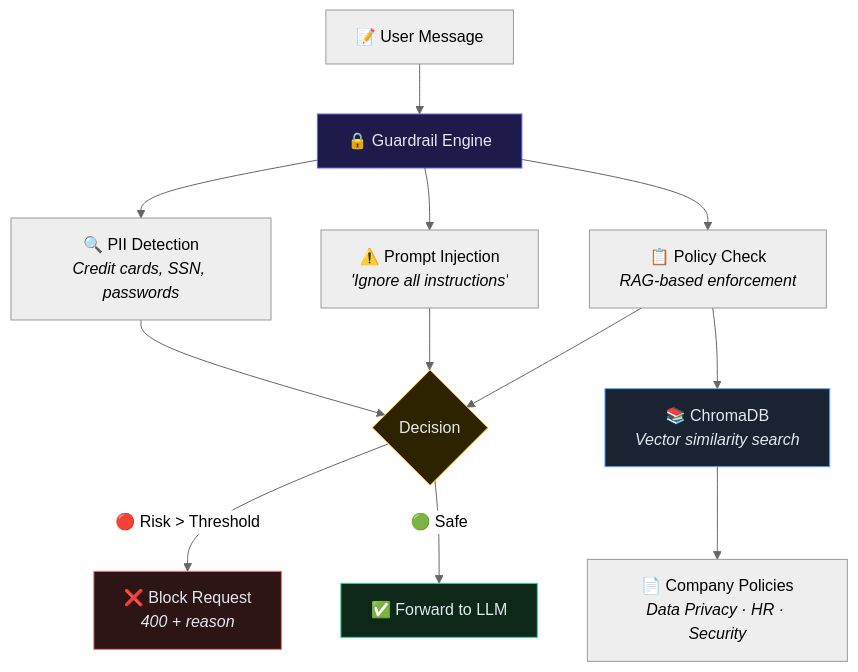
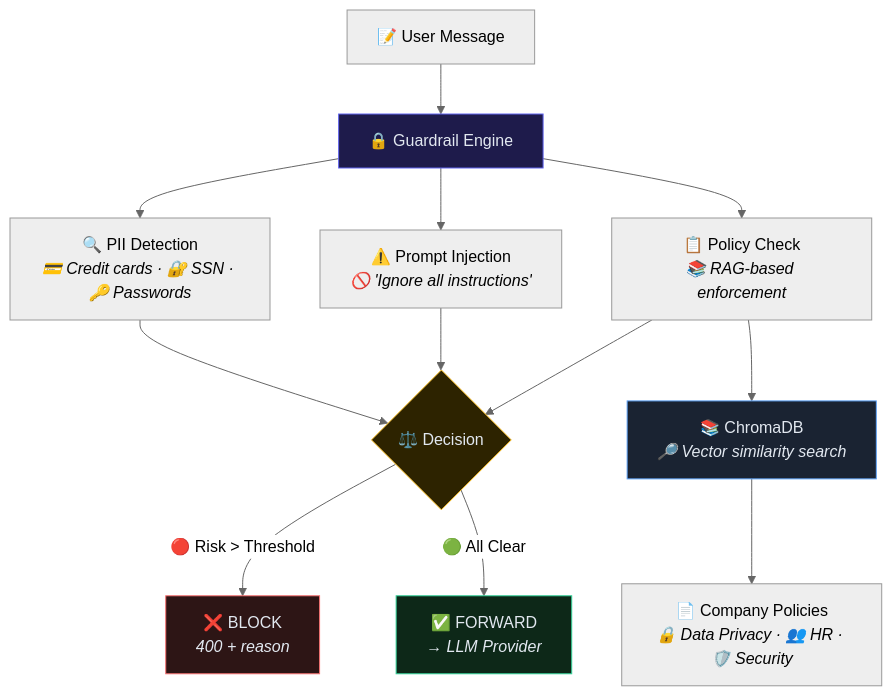
One commit to lidorpahima/Redacted changed the fourth of 6 diagrams in README.md. Above: the diagram before and after it, drawn with Mermaid (neutral theme). The commit also changed other lines of this file, not shown here.

````diff
--- a/README.md
+++ b/README.md
@@ -152,24 +207,24 @@
 ```mermaid
 graph TB
     Input["📝 User Message"] --> Guard["🔒 Guardrail Engine"]
 
-    Guard --> PII["🔍 PII Detection<br/><i>Credit cards, SSN, passwords</i>"]
-    Guard --> Jailbreak["⚠️ Prompt Injection<br/><i>'Ignore all instructions'</i>"]
-    Guard --> Policy["📋 Policy Check<br/><i>RAG-based enforcement</i>"]
+    Guard --> PII["🔍 PII Detection<br/><i>💳 Credit cards · 🔐 SSN · 🔑 Passwords</i>"]
+    Guard --> Jailbreak["⚠️ Prompt Injection<br/><i>🚫 'Ignore all instructions'</i>"]
+    Guard --> Policy["📋 Policy Check<br/><i>📚 RAG-based enforcement</i>"]
 
-    Policy --> ChromaDB["📚 ChromaDB<br/><i>Vector similarity search</i>"]
-    ChromaDB --> Policies["📄 Company Policies<br/><i>Data Privacy · HR · Security</i>"]
+    Policy --> ChromaDB["📚 ChromaDB<br/><i>🔎 Vector similarity search</i>"]
+    ChromaDB --> Policies["📄 Company Policies<br/><i>🔒 Data Privacy · 👥 HR · 🛡️ Security</i>"]
 
-    PII --> Decision{Decision}
+    PII --> Decision{"⚖️ Decision"}
     Jailbreak --> Decision
     Policy --> Decision
 
-    Decision -->|"🔴 Risk > Threshold"| Block["❌ Block Request<br/><i>400 + reason</i>"]
-    Decision -->|"🟢 Safe"| Pass["✅ Forward to LLM"]
+    Decision -->|"🔴 Risk > Threshold"| Block["❌ BLOCK<br/><i>400 + reason</i>"]
+    Decision -->|"🟢 All Clear"| Pass["✅ FORWARD<br/><i>→ LLM Provider</i>"]
 
     style Guard fill:#1e1b4b,stroke:#6366f1,color:#e2e8f0
     style Block fill:#2d1515,stroke:#f87171,color:#e2e8f0
     style Pass fill:#0d2818,stroke:#34d399,color:#e2e8f0
     style Decision fill:#2d2300,stroke:#fbbf24,color:#e2e8f0
     style ChromaDB fill:#1a2332,stroke:#60a5fa,color:#e2e8f0
 ```
````
